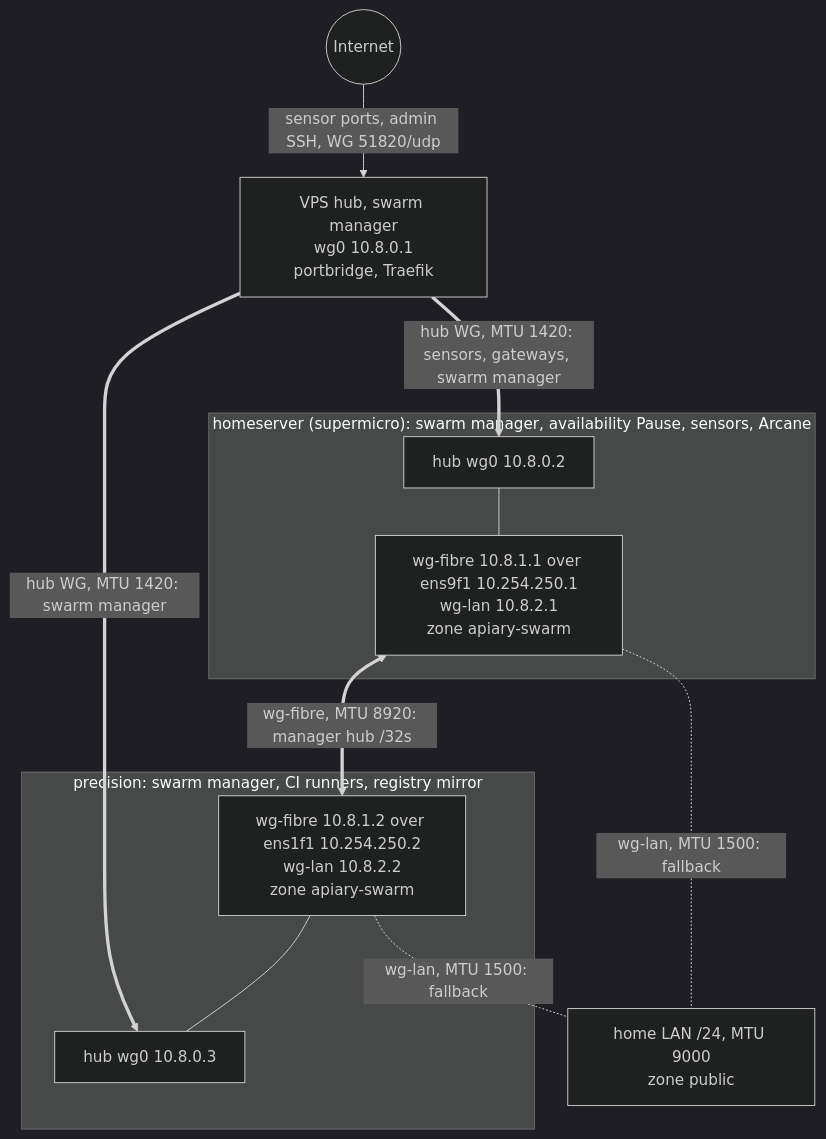
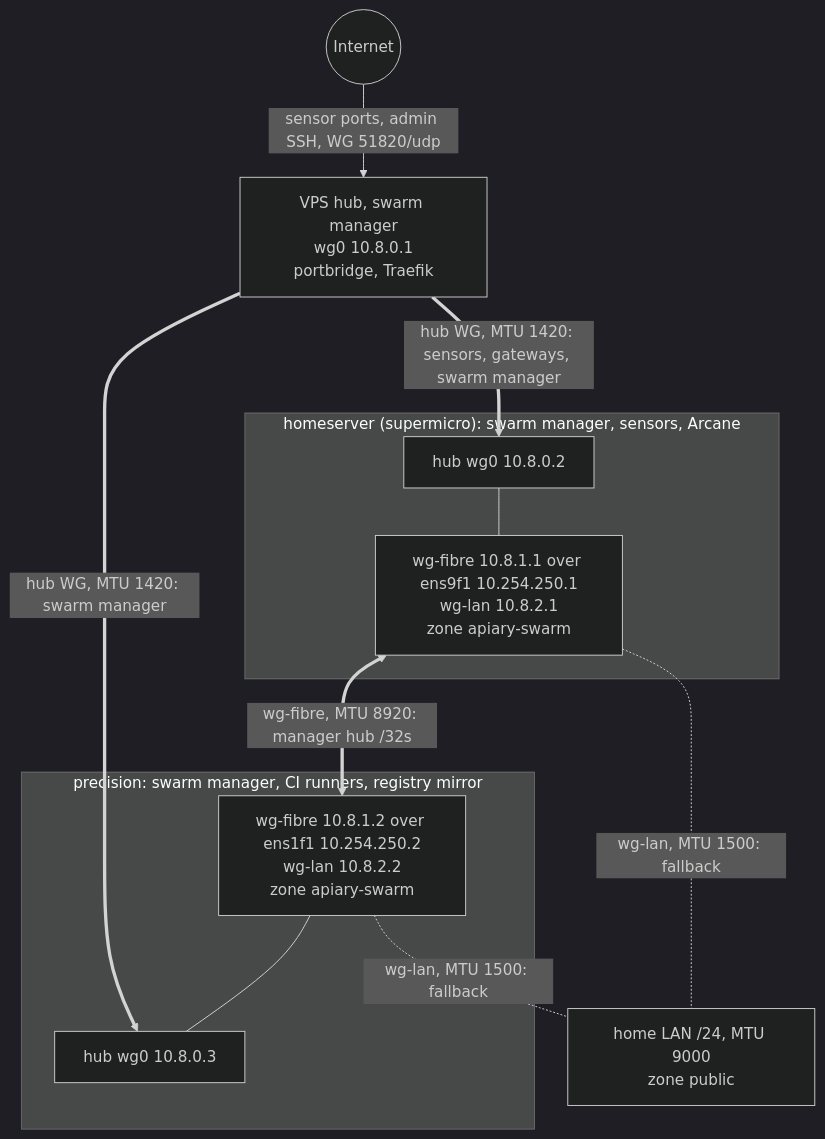
One commit to Xore-Inc/APIARY changed the diagram in docs/SWARM-NETWORK.md. Above: the diagram before and after it, drawn with Mermaid (dark theme). The commit also changed other lines of this file and 12 other files, not shown here.

First line of the commit message:
ops(swarm): keep the homeserver Active, decide homeserver placement per service (#3722) (#3755)

````diff
--- a/docs/SWARM-NETWORK.md
+++ b/docs/SWARM-NETWORK.md
@@ -25,23 +25,23 @@
 ```mermaid
 flowchart TB
   inet(("Internet"))
   vps["VPS hub, swarm manager<br/>wg0 10.8.0.1<br/>portbridge, Traefik"]
-  subgraph hs["homeserver (supermicro): swarm manager, availability Pause, sensors, Arcane"]
+  subgraph hs["homeserver (supermicro): swarm manager, sensors, Arcane"]
     hsn["hub wg0 10.8.0.2"]
     hsz["wg-fibre 10.8.1.1 over ens9f1 10.254.250.1<br/>wg-lan 10.8.2.1<br/>zone apiary-swarm"]
   end
   subgraph pr["precision: swarm manager, CI runners, registry mirror"]
     prz["wg-fibre 10.8.1.2 over ens1f1 10.254.250.2<br/>wg-lan 10.8.2.2<br/>zone apiary-swarm"]
     prn["hub wg0 10.8.0.3"]
   end
   lan["home LAN /24, MTU 9000<br/>zone public"]
 
   inet -->|"sensor ports, admin SSH, WG 51820/udp"| vps
   vps ==>|"hub WG, MTU 1420: sensors, gateways, swarm manager"| hsn
   vps ==>|"hub WG, MTU 1420: swarm manager"| prn
   hsn --- hsz
   hsz <==>|"wg-fibre, MTU 8920: manager hub /32s"| prz
   prz --- prn
   hsz -.-|"wg-lan, MTU 1500: fallback"| lan
   prz -.-|"wg-lan, MTU 1500: fallback"| lan
 ```
````
